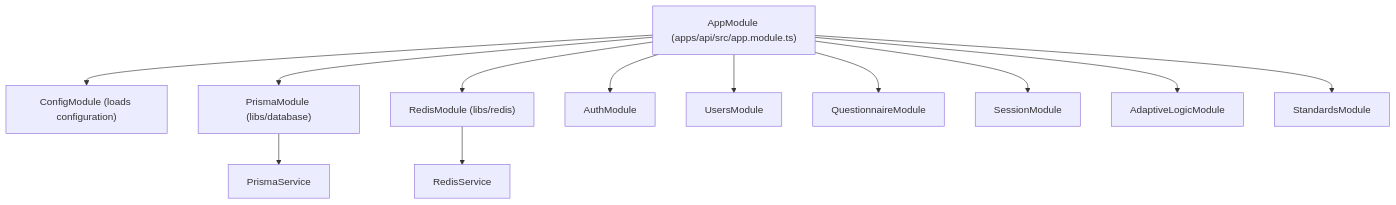
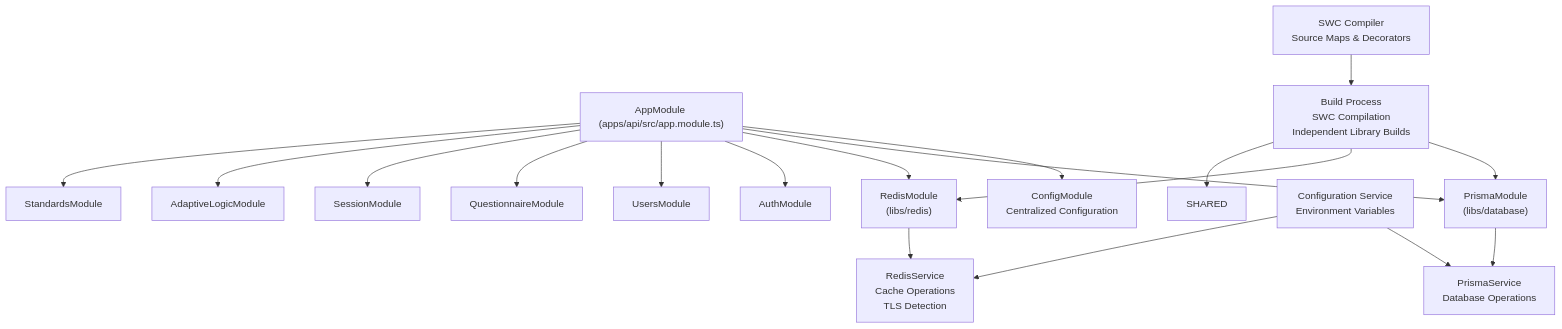
The second of 3 diagrams in .qoder/repowiki/en/content/Shared Libraries/Shared Libraries.md (Avi-Bendetsky/Quiz-to-build), drawn with Mermaid before and after one commit. The commit also changed other lines of this file and 41 other files, not shown here.

````diff
--- a/.qoder/repowiki/en/content/Shared Libraries/Shared Libraries.md
+++ b/.qoder/repowiki/en/content/Shared Libraries/Shared Libraries.md
@@ -113,24 +170,33 @@
 ```mermaid
 graph TB
 APP["AppModule (apps/api/src/app.module.ts)"]
-CFG["ConfigModule (loads configuration)"]
-PRISMA["PrismaModule (libs/database)"]
-REDIS["RedisModule (libs/redis)"]
+CFG["ConfigModule<br/>Centralized Configuration"]
+PRISMA["PrismaModule<br/>(libs/database)"]
+REDIS["RedisModule<br/>(libs/redis)"]
 AUTH["AuthModule"]
 USERS["UsersModule"]
 QUEST["QuestionnaireModule"]
 SESSION["SessionModule"]
 ADAPT["AdaptiveLogicModule"]
 STAND["StandardsModule"]
 APP --> CFG
 APP --> PRISMA
 APP --> REDIS
 APP --> AUTH
 APP --> USERS
 APP --> QUEST
 APP --> SESSION
 APP --> ADAPT
 APP --> STAND
-PRISMA --> PRISMA_SRV["PrismaService"]
-REDIS --> REDIS_SRV["RedisService"]
+PRISMA --> PRISMA_SRV["PrismaService<br/>Database Operations"]
+REDIS --> REDIS_SRV["RedisService<br/>Cache Operations<br/>TLS Detection"]
+CONFIG["Configuration Service<br/>Environment Variables"]
+CONFIG --> PRISMA_SRV
+CONFIG --> REDIS_SRV
+BUILD["Build Process<br/>SWC Compilation<br/>Independent Library Builds"]
+BUILD --> PRISMA
+BUILD --> REDIS
+BUILD --> SHARED
+SWC["SWC Compiler<br/>Source Maps & Decorators"]
+SWC --> BUILD
 ```
````
